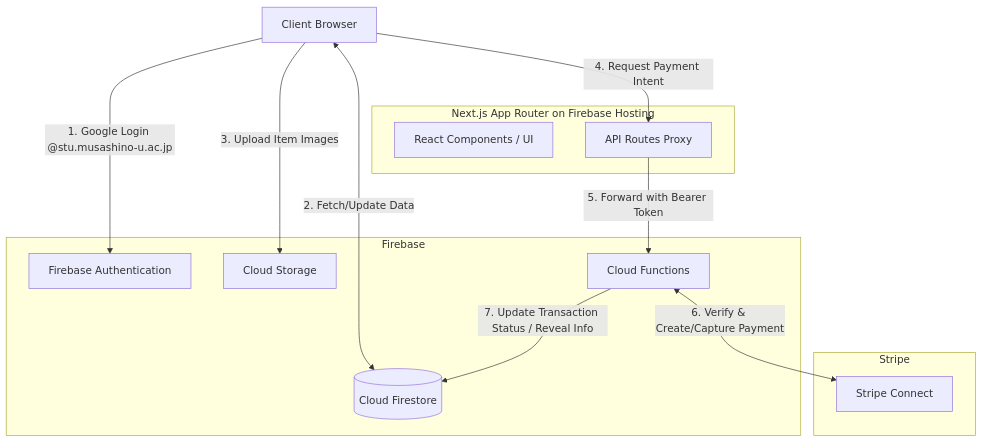
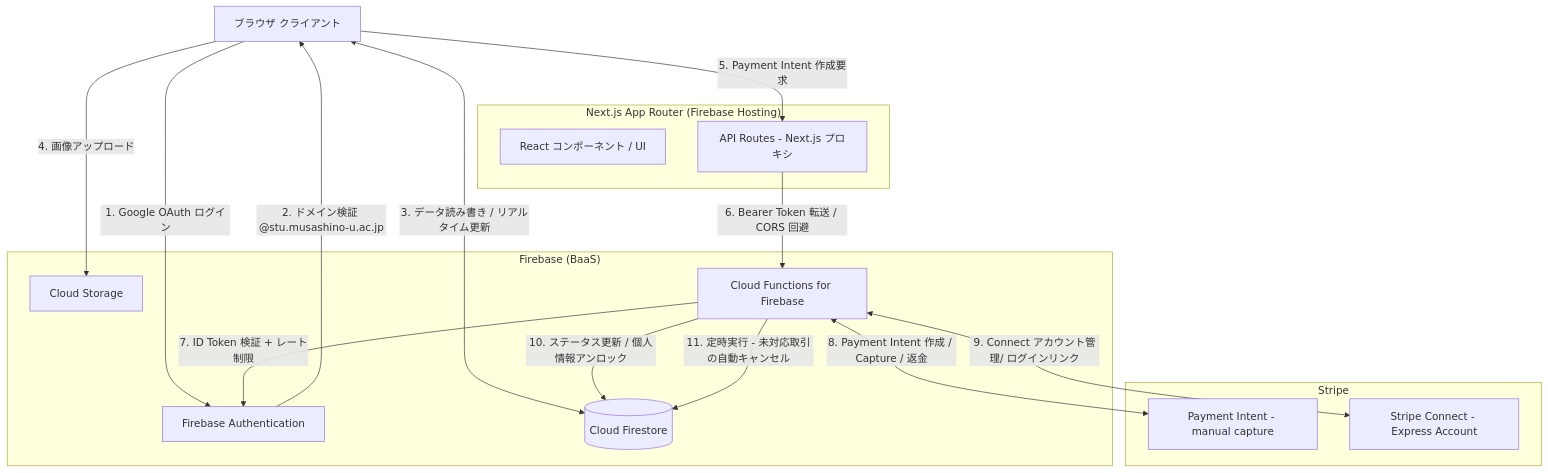
Before and after one commit to fumi3333/musalink: the first of 2 diagrams in README.md, drawn with Mermaid. The commit also changed other lines of this file and 1 other file, not shown here.

Commit message:
docs: add full technical README in Japanese and English with architecture diagrams

````diff
--- a/README.md
+++ b/README.md
@@ -57,29 +23,33 @@
 ```mermaid
 graph TD
-    Client[Client Browser]
-    
-    subgraph Frontend [Next.js App Router on Firebase Hosting]
-        UI[React Components / UI]
-        API[API Routes Proxy]
+    Client[ブラウザ クライアント]
+
+    subgraph Frontend ["Next.js App Router (Firebase Hosting)"]
+        UI[React コンポーネント / UI]
+        APIProxy[API Routes - Next.js プロキシ]
     end
-    
-    subgraph Backend [Firebase]
+
+    subgraph DataLayer ["Firebase (BaaS)"]
         Auth[Firebase Authentication]
         Firestore[(Cloud Firestore)]
         Storage[Cloud Storage]
-        Functions[Cloud Functions]
+        Functions[Cloud Functions for Firebase]
     end
-    
-    subgraph Payment [Stripe]
-        StripeConnect[Stripe Connect]
+
+    subgraph Payment ["Stripe"]
+        StripePI[Payment Intent - manual capture]
+        StripeConnect[Stripe Connect - Express Account]
     end
-    
-    Client -->|1. Google Login @stu.musashino-u.ac.jp| Auth
-    Client <-->|2. Fetch/Update Data| Firestore
-    Client -->|3. Upload Item Images| Storage
-    Client -->|4. Request Payment Intent| API
-    
-    API -->|5. Forward with Bearer Token| Functions
-    Functions <-->|6. Verify & Create/Capture Payment| StripeConnect
-    Functions -->|7. Update Transaction Status / Reveal Info| Firestore
+
+    Client -->|1. Google OAuth ログイン| Auth
+    Auth -->|2. ドメイン検証 @stu.musashino-u.ac.jp| Client
+    Client <-->|3. データ読み書き / リアルタイム更新| Firestore
+    Client -->|4. 画像アップロード| Storage
+    Client -->|5. Payment Intent 作成要求| APIProxy
+    APIProxy -->|6. Bearer Token 転送 / CORS 回避| Functions
+    Functions -->|7. ID Token 検証 + レート制限| Auth
+    Functions <-->|8. Payment Intent 作成 / Capture / 返金| StripePI
+    Functions <-->|9. Connect アカウント管理/ ログインリンク| StripeConnect
+    Functions -->|10. ステータス更新 / 個人情報アンロック| Firestore
+    Functions -->|11. 定時実行 - 未対応取引の自動キャンセル| Firestore
 ```
````
